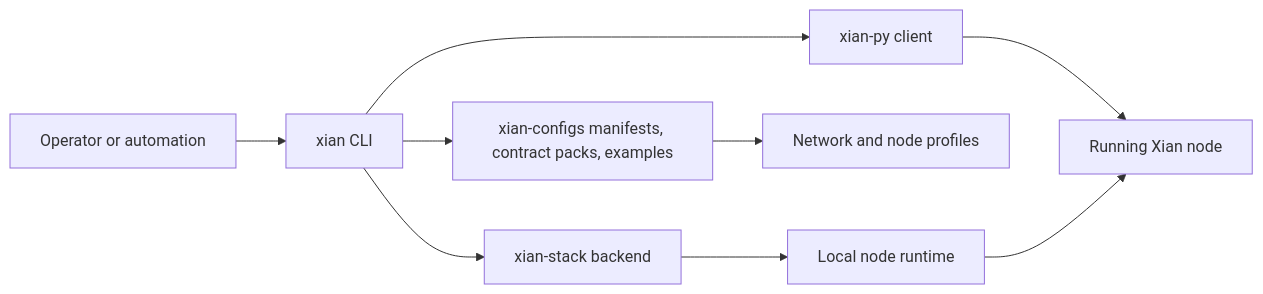
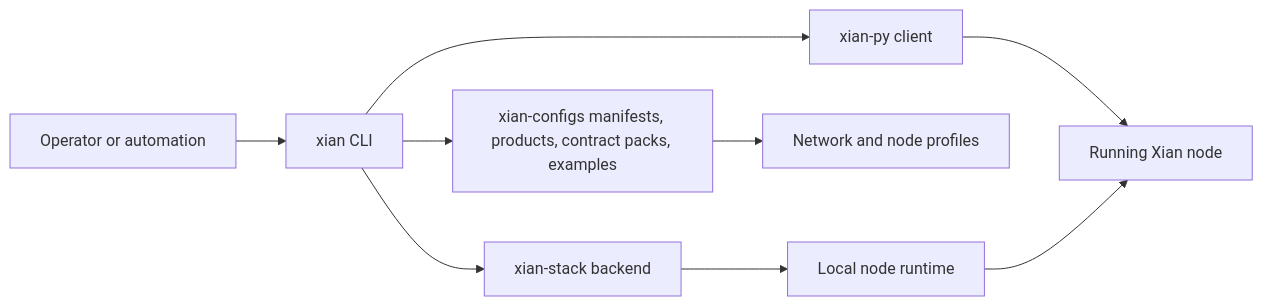
The diagram in README.md (xian-technology/xian-cli), drawn with Mermaid before and after one commit. The commit also changed other lines of this file and 6 other files, not shown here.

````diff
--- a/README.md
+++ b/README.md
@@ -15,11 +15,11 @@
 ```mermaid
 flowchart LR
   Operator["Operator or automation"] --> CLI["xian CLI"]
-  CLI --> Configs["xian-configs manifests, contract packs, examples"]
+  CLI --> Configs["xian-configs manifests, products, contract packs, examples"]
   CLI --> Stack["xian-stack backend"]
   CLI --> SDK["xian-py client"]
   Configs --> Profiles["Network and node profiles"]
   Stack --> Runtime["Local node runtime"]
   SDK --> Node["Running Xian node"]
   Runtime --> Node
 ```
````
